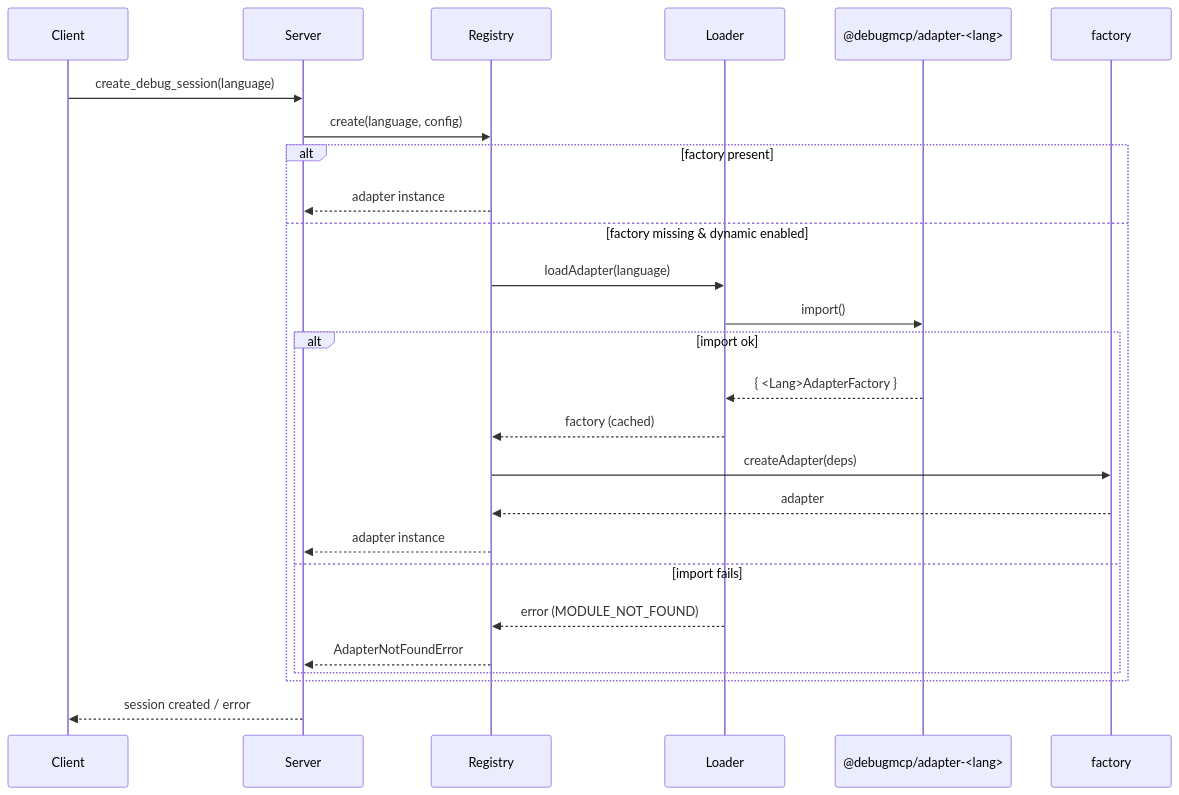
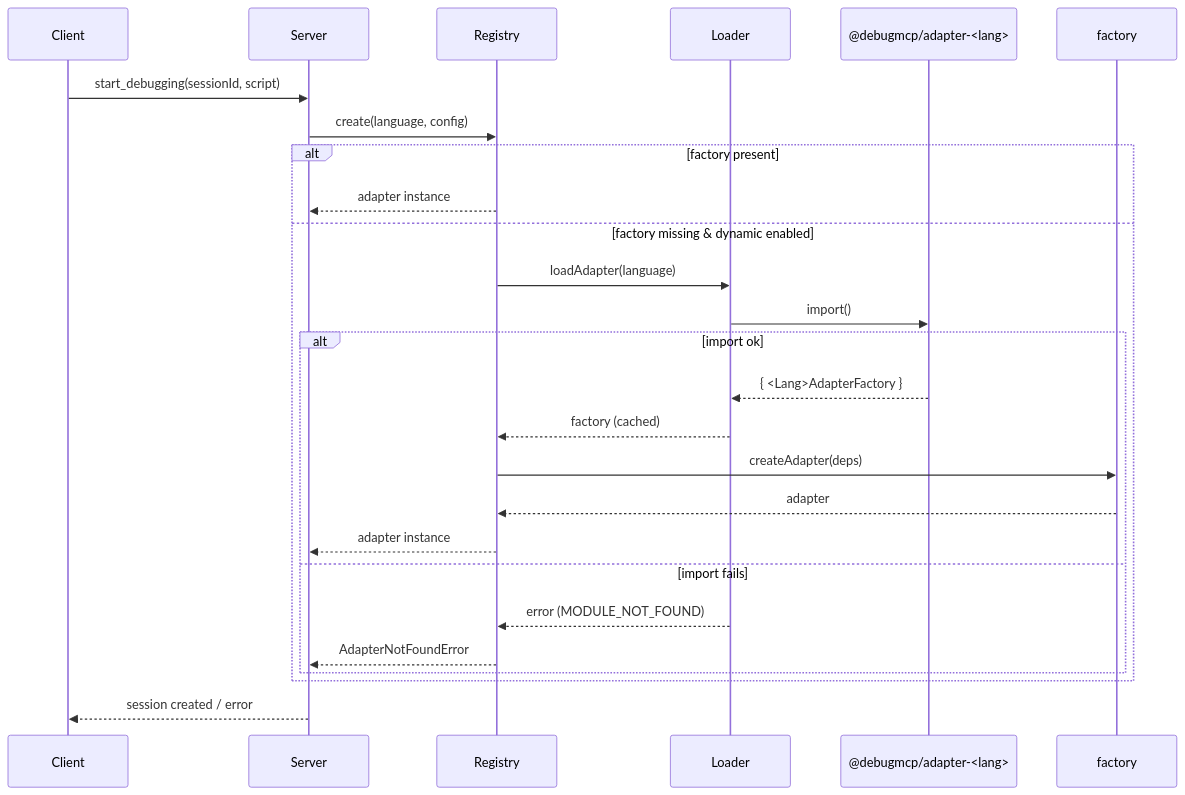
Before and after one commit to debugmcp/mcp-debugger: the third of 4 diagrams in docs/architecture/dynamic-loading-architecture.md, drawn with Mermaid. The commit also changed other lines of this file and 48 other files, not shown here.

````diff
--- a/docs/architecture/dynamic-loading-architecture.md
+++ b/docs/architecture/dynamic-loading-architecture.md
@@ -94,28 +95,28 @@
 ```mermaid
 sequenceDiagram
   participant Client
   participant Server
   participant Registry
   participant Loader
   participant Package as @debugmcp/adapter-<lang>
 
-  Client->>Server: create_debug_session(language)
+  Client->>Server: start_debugging(sessionId, script)
   Server->>Registry: create(language, config)
   alt factory present
     Registry-->>Server: adapter instance
   else factory missing & dynamic enabled
     Registry->>Loader: loadAdapter(language)
     Loader->>Package: import()
     alt import ok
       Package-->>Loader: { <Lang>AdapterFactory }
       Loader-->>Registry: factory (cached)
       Registry->>factory: createAdapter(deps)
       factory-->>Registry: adapter
       Registry-->>Server: adapter instance
     else import fails
       Loader-->>Registry: error (MODULE_NOT_FOUND)
       Registry-->>Server: AdapterNotFoundError
     end
   end
   Server-->>Client: session created / error
 ```
````
